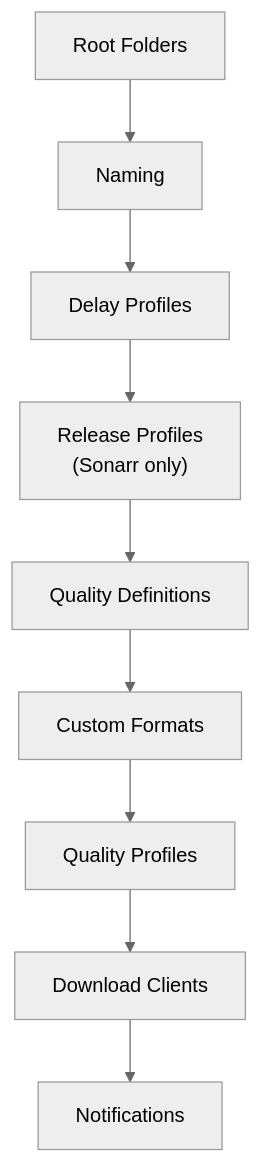
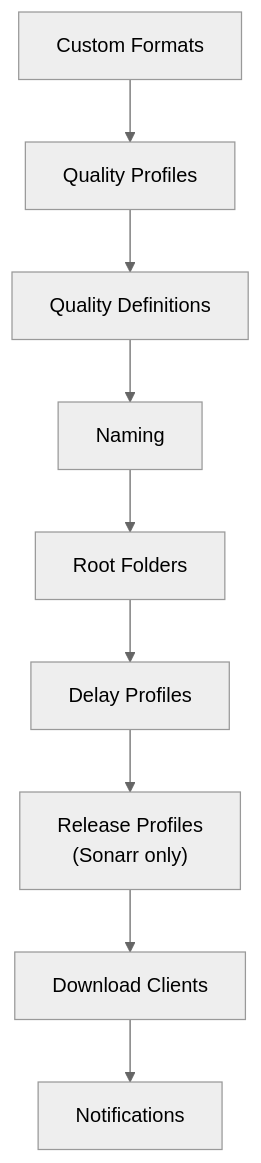
The second of 2 diagrams in docs/src/concepts/sync-order.md (aldoborrero/configarr), drawn with Mermaid (neutral theme) before and after one commit. The commit also changed other lines of this file and 30 other files, not shown here.

````diff
--- a/docs/src/concepts/sync-order.md
+++ b/docs/src/concepts/sync-order.md
@@ -27,11 +24,11 @@
 ```mermaid
 flowchart TD
-    R[Root Folders] --> N[Naming]
-    N --> DP[Delay Profiles]
+    CF[Custom Formats] --> QP[Quality Profiles]
+    QP --> QD[Quality Definitions]
+    QD --> N[Naming]
+    N --> RF[Root Folders]
+    RF --> DP[Delay Profiles]
     DP --> RP["Release Profiles<br/>(Sonarr only)"]
-    RP --> QD[Quality Definitions]
-    QD --> CF[Custom Formats]
-    CF --> QP[Quality Profiles]
-    QP --> DC[Download Clients]
+    RP --> DC[Download Clients]
     DC --> NO[Notifications]
 ```
````
